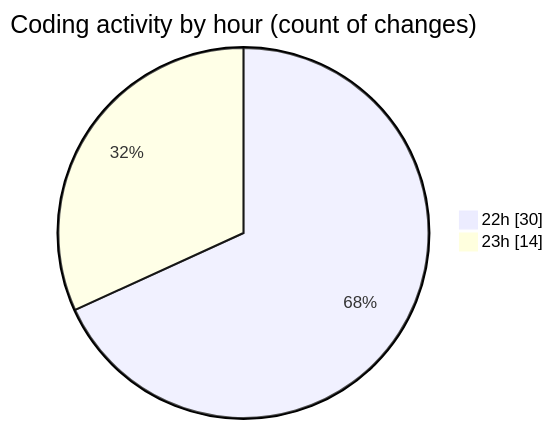
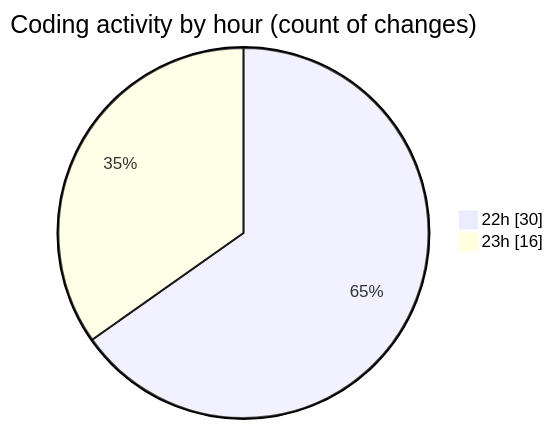
One commit to MatusMokan/code-tracking changed the second of 2 diagrams in 2025-03-26/myws__workspace_/README.md. Above: the diagram before and after it, drawn with Mermaid. The commit also changed other lines of this file and 1 other file, not shown here.

````diff
--- a/2025-03-26/myws__workspace_/README.md
+++ b/2025-03-26/myws__workspace_/README.md
@@ -28,6 +28,6 @@
 ```mermaid
 pie showData
 title Coding activity by hour (count of changes)
 "22h" : 30
-"23h" : 14
+"23h" : 16
 ```
````
